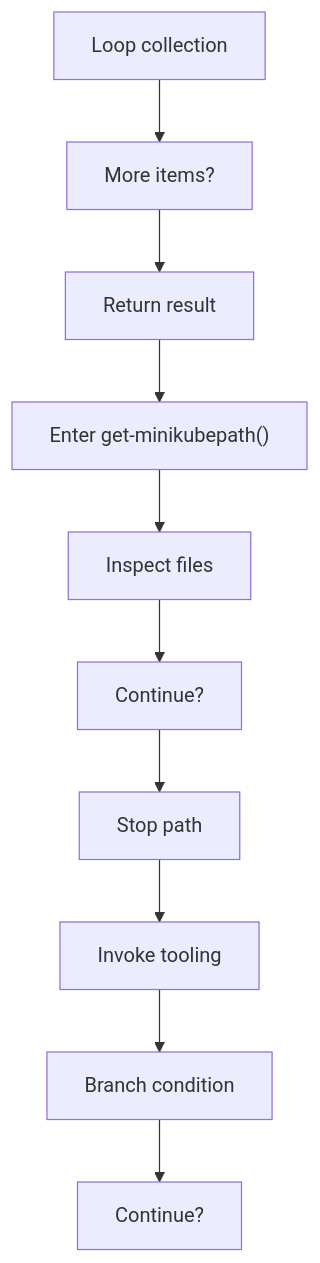
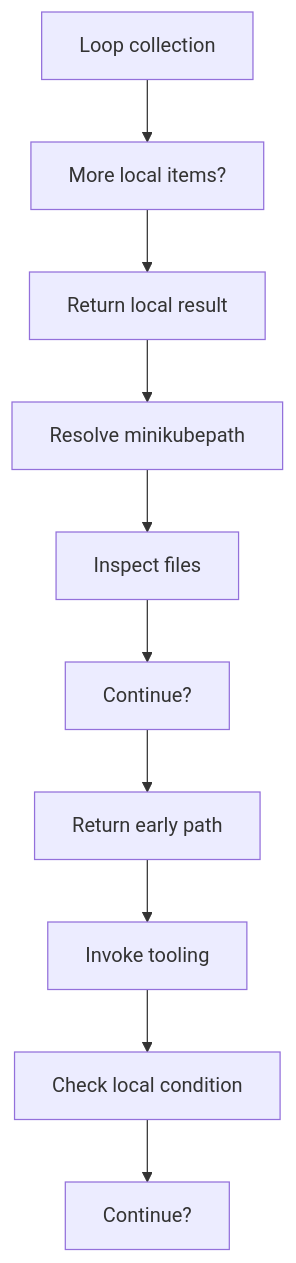
Before and after one commit to JohnAndrewBalbarosa/NeoTerritory: the fourth of 8 diagrams in docs/Codebase/Infrastructure/session-orchestration/bootstrap_and_deploy/bootstrap_and_deploy_program_flow_01.ps1.md, drawn with Mermaid. The commit also changed other lines of this file and 925 other files, not shown here.

````diff
--- a/docs/Codebase/Infrastructure/session-orchestration/bootstrap_and_deploy/bootstrap_and_deploy_program_flow_01.ps1.md
+++ b/docs/Codebase/Infrastructure/session-orchestration/bootstrap_and_deploy/bootstrap_and_deploy_program_flow_01.ps1.md
@@ -82,22 +82,22 @@
 ```mermaid
 flowchart TD
     N0["Loop collection"]
-    N1["More items?"]
-    N2["Return result"]
-    N3["Enter get-minikubepath()"]
+    N1["More local items?"]
+    N2["Return local result"]
+    N3["Resolve minikubepath"]
     N4["Inspect files"]
     N5["Continue?"]
-    N6["Stop path"]
+    N6["Return early path"]
     N7["Invoke tooling"]
-    N8["Branch condition"]
+    N8["Check local condition"]
     N9["Continue?"]
     N0 --> N1
     N1 --> N2
     N2 --> N3
     N3 --> N4
     N4 --> N5
     N5 --> N6
     N6 --> N7
     N7 --> N8
     N8 --> N9
 ```
````
